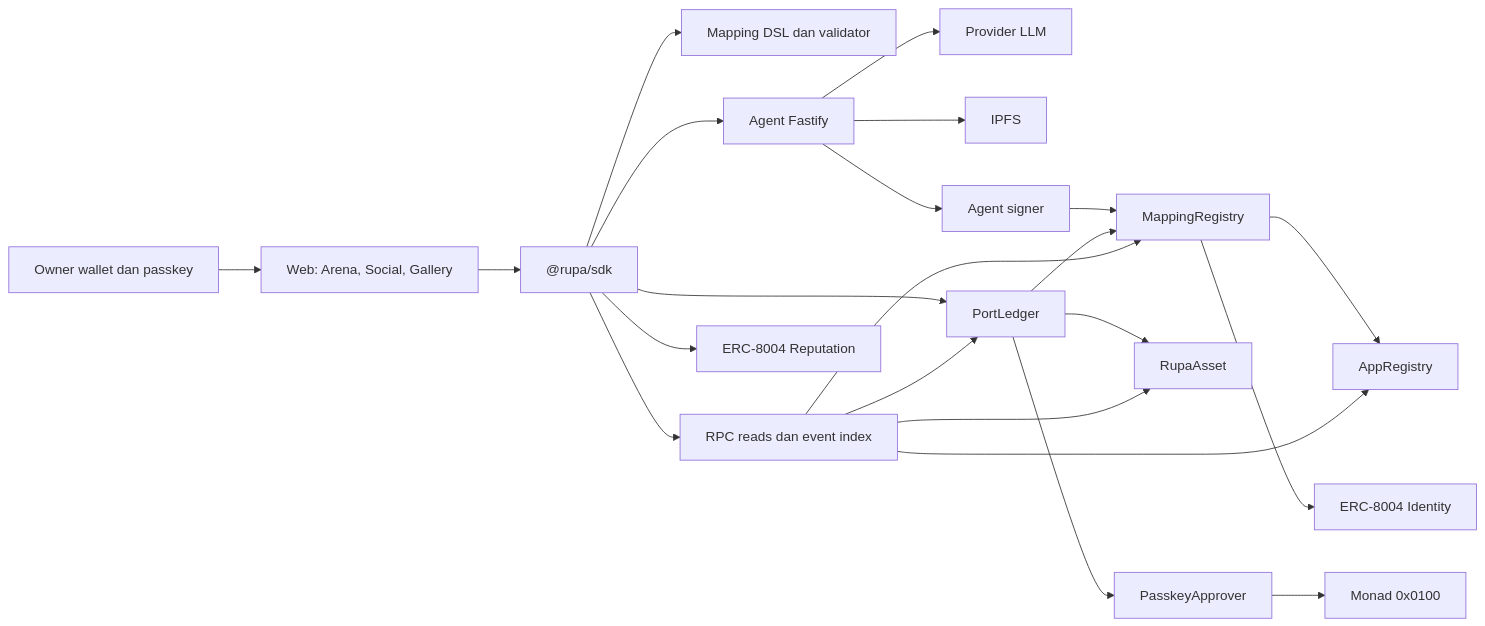
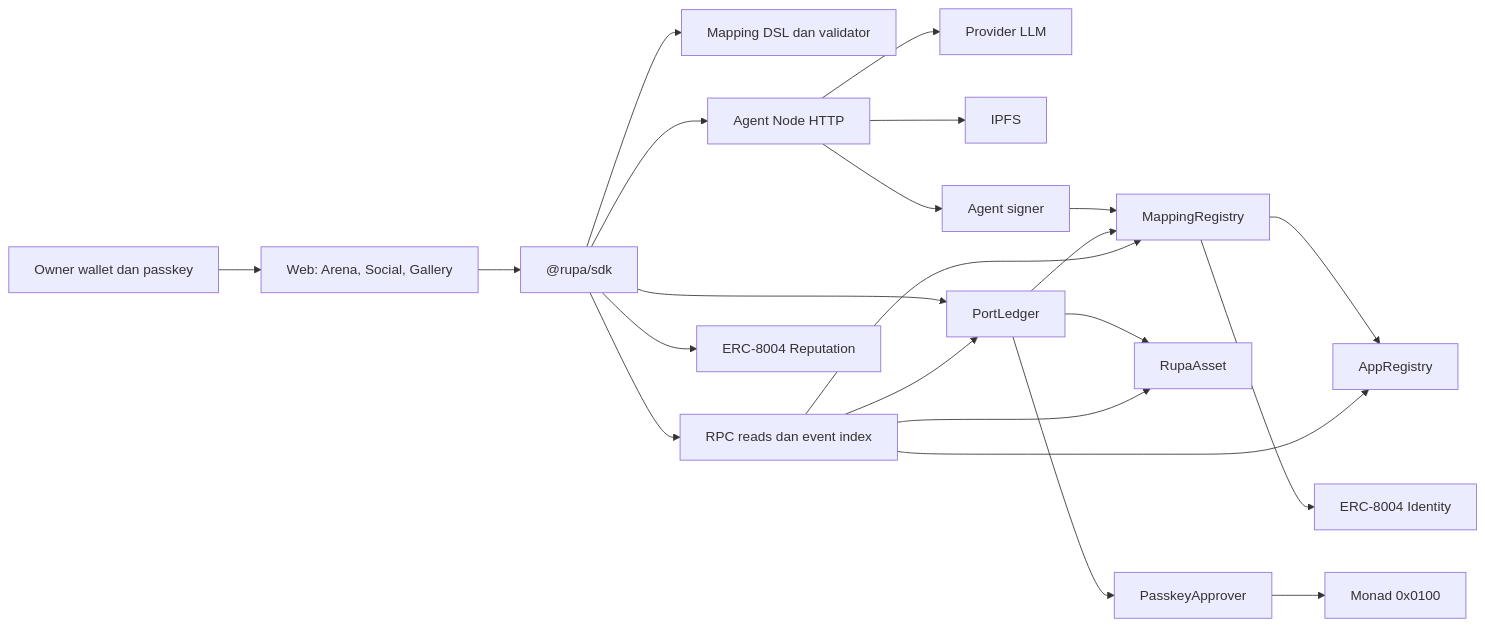
Before and after one commit to aryaayy/rupa: the first of 2 diagrams in docs/architecture.md, drawn with Mermaid. The commit also changed other lines of this file and 19 other files, not shown here.

Commit message:
docs: update docs for sdk, agent and demo apps

````diff
--- a/docs/architecture.md
+++ b/docs/architecture.md
@@ -7,24 +7,24 @@
 ```mermaid
 flowchart LR
   User[Owner wallet dan passkey] --> Web[Web: Arena, Social, Gallery]
   Web --> SDK["@rupa/sdk"]
   SDK --> DSL[Mapping DSL dan validator]
-  SDK --> Agent[Agent Fastify]
+  SDK --> Agent[Agent Node HTTP]
   Agent --> LLM[Provider LLM]
   Agent --> IPFS[IPFS]
   Agent --> Signer[Agent signer]
   Signer --> MR[MappingRegistry]
   SDK --> Read[RPC reads dan event index]
   SDK --> PL[PortLedger]
   PL --> RA[RupaAsset]
   PL --> MR
   MR --> AR[AppRegistry]
   MR --> ID[ERC-8004 Identity]
   PL --> PK[PasskeyApprover]
   PK --> P256[Monad 0x0100]
   SDK --> REP[ERC-8004 Reputation]
   Read --> RA
   Read --> AR
   Read --> MR
   Read --> PL
 ```
````
